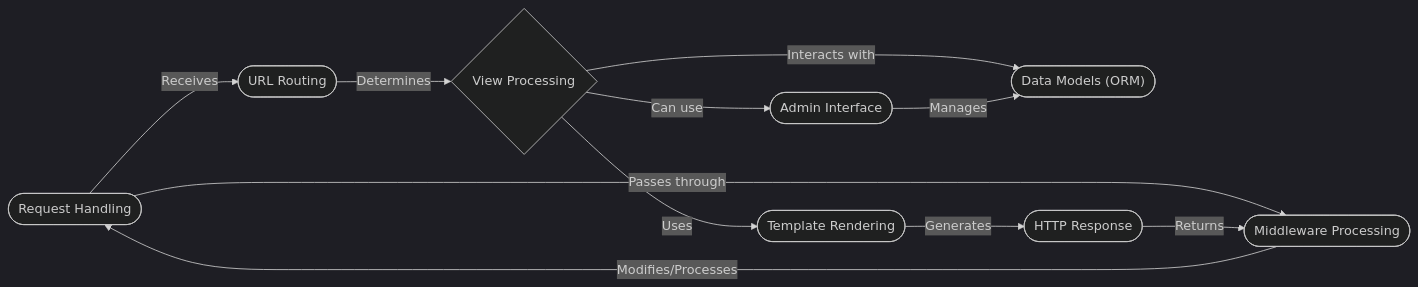
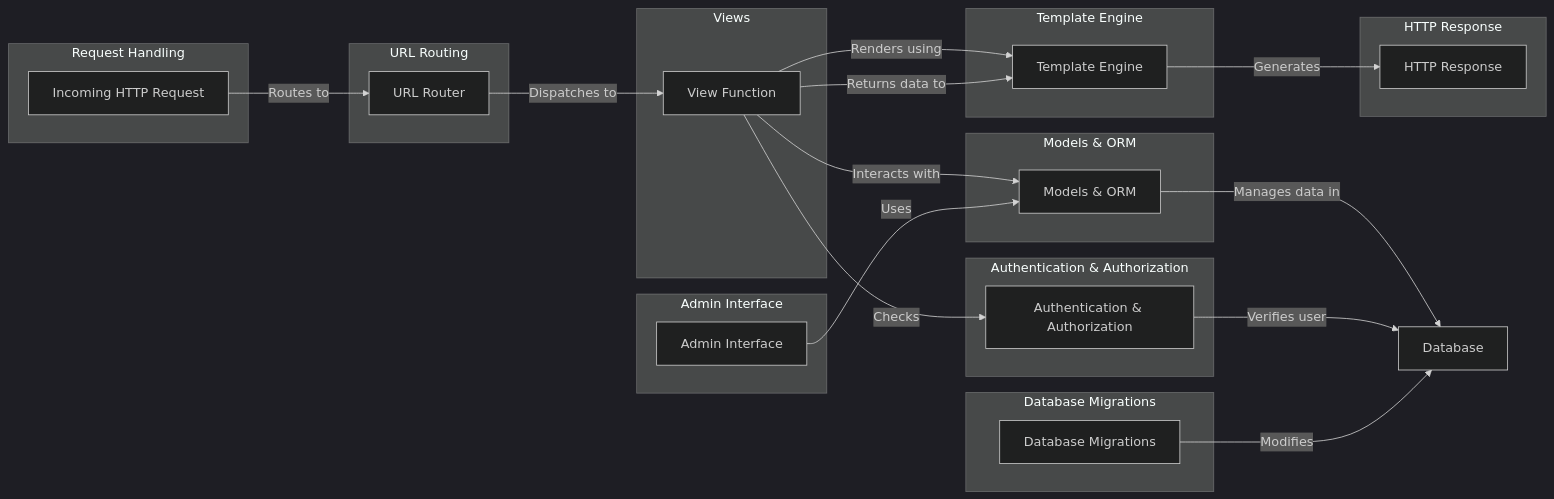
One commit to CodeBoarding/GeneratedOnBoardings changed the diagram in django/on_boarding.md. Above: the diagram before and after it, drawn with Mermaid (dark theme). The commit also changed other lines of this file and 13 other files, not shown here.

````diff
--- a/django/on_boarding.md
+++ b/django/on_boarding.md
@@ -5,23 +5,53 @@
 ```mermaid
 graph LR
-    A([Request Handling]) -- Receives --> B([URL Routing])
-    B -- Determines --> C{View Processing}
-    C -- Interacts with --> D(["Data Models (ORM)"])
-    C -- Uses --> E([Template Rendering])
-    E -- Generates --> F([HTTP Response])
-    A -- Passes through --> G([Middleware Processing])
-    G -- Modifies/Processes --> A
-    C -- Can use --> H([Admin Interface])
-    H -- Manages --> D
-    F -- Returns --> G
+    subgraph Request Handling
+        A["Incoming HTTP Request"]
+    end
+    subgraph URL Routing
+        B["URL Router"]
+    end
+    subgraph Views
+        C["View Function"]
+    end
+    subgraph Models & ORM
+        D["Models & ORM"]
+    end
+    subgraph Template Engine
+        E["Template Engine"]
+    end
+    subgraph Authentication & Authorization
+        F["Authentication & Authorization"]
+    end
+    subgraph Admin Interface
+        G["Admin Interface"]
+    end
+    subgraph Database Migrations
+        H["Database Migrations"]
+    end
+    subgraph HTTP Response
+        I["HTTP Response"]
+    end
 
-    click A href "https://github.com/CodeBoarding/GeneratedOnBoardings/tree/main/django/Request%20Handling.md"
-    click B href "https://github.com/CodeBoarding/GeneratedOnBoardings/django/URL%20Routing.md"
-    click C href "https://github.com/CodeBoarding/GeneratedOnBoardings/django/View%20Processing.md"
-    click D href "https://github.com/CodeBoarding/GeneratedOnBoardings/django/Data%20Models%20(ORM).md"
-    click E href "https://github.com/CodeBoarding/GeneratedOnBoardings/django/Template%20Rendering.md"
-    click F href "https://github.com/CodeBoarding/GeneratedOnBoardings/django/HTTP%20Response.md"
-    click G href "https://github.com/CodeBoarding/GeneratedOnBoardings/django/Middleware%20Processing.md"
-    click H href "https://github.com/CodeBoarding/GeneratedOnBoardings/django/Admin%20Interface.md"
+    A -- Routes to --> B
+    B -- Dispatches to --> C
+    C -- Interacts with --> D
+    C -- Renders using --> E
+    C -- Checks --> F
+    D -- Manages data in --> Database
+    F -- Verifies user --> Database
+    C -- Returns data to --> E
+    E -- Generates --> I
+    G -- Uses --> D
+    H -- Modifies --> Database
+
+click A href "https://github.com/CodeBoarding/GeneratedOnBoardings/blob/main/django//Request%20Handling.md"
+click B href "https://github.com/CodeBoarding/GeneratedOnBoardings/blob/main/django//URL%20Routing.md"
+click C href "https://github.com/CodeBoarding/GeneratedOnBoardings/blob/main/django//Views.md"
+click D href "https://github.com/CodeBoarding/GeneratedOnBoardings/blob/main/django//Models%20&%20ORM.md"
+click E href "https://github.com/CodeBoarding/GeneratedOnBoardings/blob/main/django//Template%20Engine.md"
+click F href "https://github.com/CodeBoarding/GeneratedOnBoardings/blob/main/django//Authentication%20&%20Authorization.md"
+click G href "https://github.com/CodeBoarding/GeneratedOnBoardings/blob/main/django//Admin%20Interface.md"
+click H href "https://github.com/CodeBoarding/GeneratedOnBoardings/blob/main/django//Database%20Migrations.md"
+
 
 ```
````
